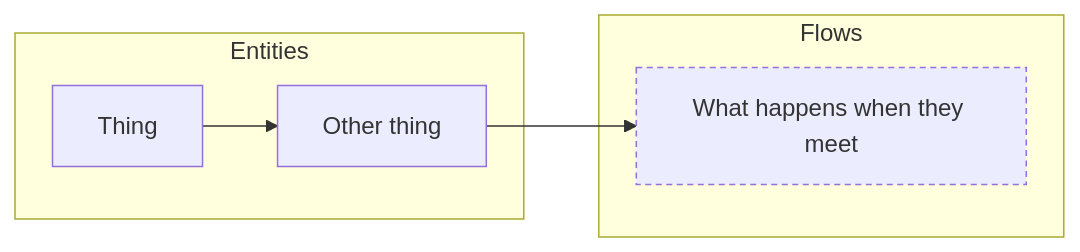
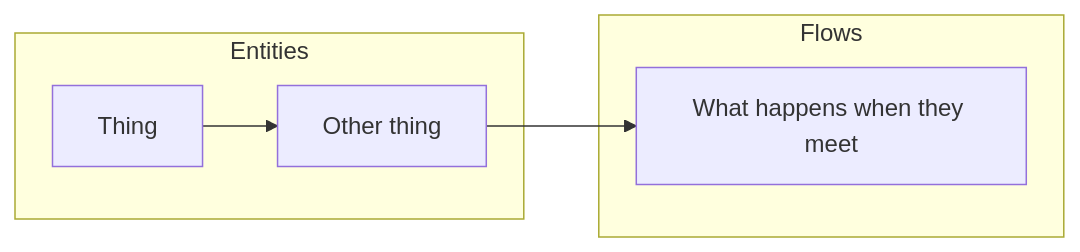
Before and after one commit to timothymarois/knowledge-template: the diagram in template/.knowledge/guides/docs-overview.md, drawn with Mermaid. The commit also changed other lines of this file and 2 other files, not shown here.

First line of the commit message:
fix(overview): no build status anywhere — not the diagram, not the list

````diff
--- a/template/.knowledge/guides/docs-overview.md
+++ b/template/.knowledge/guides/docs-overview.md
@@ -78,11 +77,9 @@
 ```mermaid
 flowchart LR
   subgraph Entity["Entities"]
     a["Thing"] --> b["Other thing"]
   end
   subgraph Flow["Flows"]
     b --> c["What happens when they meet"]
   end
-  classDef planned stroke-dasharray: 4 3;
-  class c planned;
 ```
````
